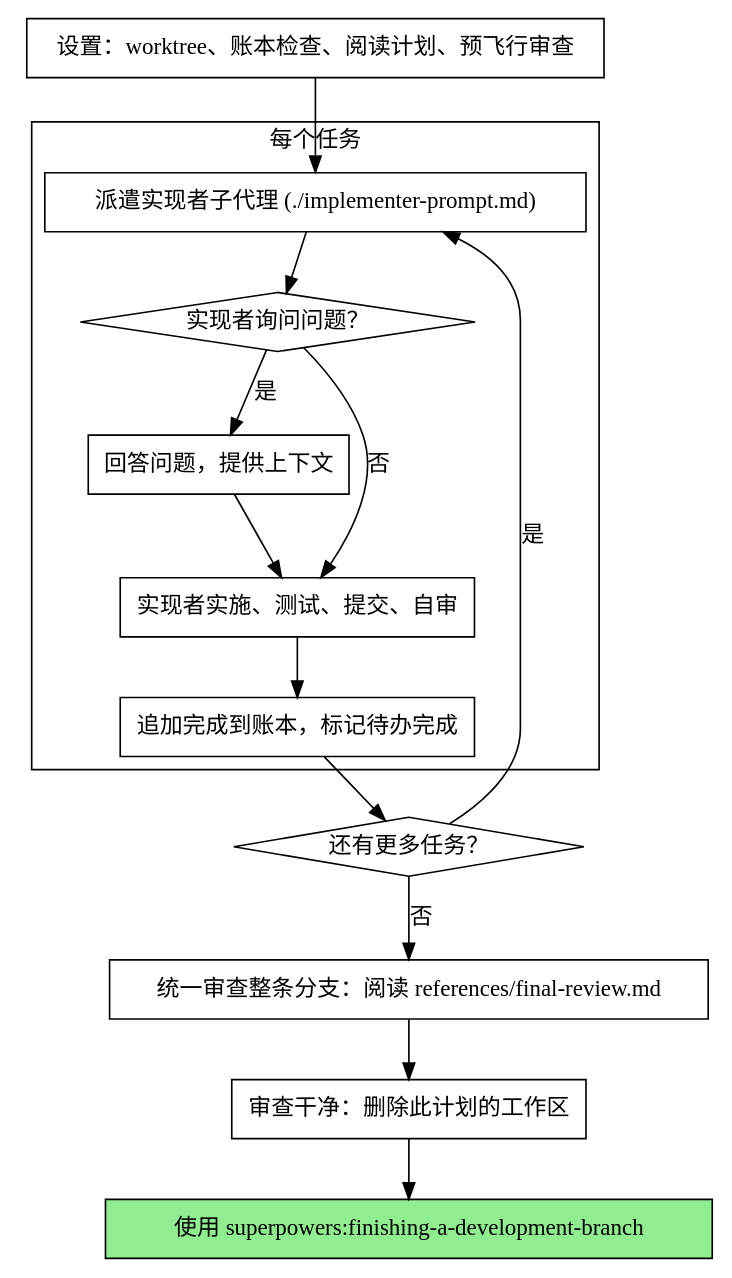
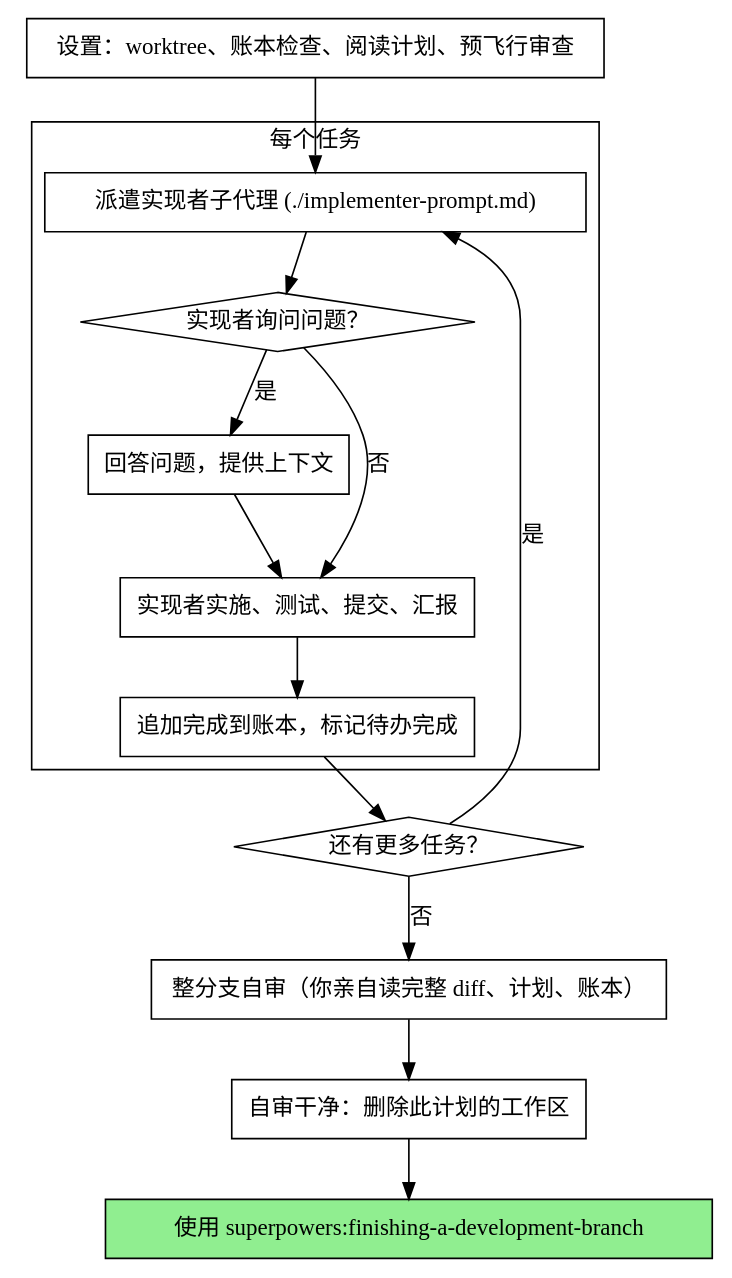
Before and after one commit to flyer21/superpowers: the second of 2 diagrams in skills/subagent-driven-development/SKILL.md, drawn with Graphviz. The commit also changed other lines of this file and 5 other files, not shown here.

````diff
--- a/skills/subagent-driven-development/SKILL.md
+++ b/skills/subagent-driven-development/SKILL.md
@@ -50,32 +50,32 @@
 ```dot
 digraph process {
     rankdir=TB;
 
     subgraph cluster_per_task {
         label="每个任务";
         "派遣实现者子代理 (./implementer-prompt.md)" [shape=box];
         "实现者询问问题？" [shape=diamond];
         "回答问题，提供上下文" [shape=box];
-        "实现者实施、测试、提交、自审" [shape=box];
+        "实现者实施、测试、提交、汇报" [shape=box];
         "追加完成到账本，标记待办完成" [shape=box];
     }
 
     "设置：worktree、账本检查、阅读计划、预飞行审查" [shape=box];
     "还有更多任务？" [shape=diamond];
-    "统一审查整条分支：阅读 references/final-review.md" [shape=box];
-    "审查干净：删除此计划的工作区" [shape=box];
+    "整分支自审（你亲自读完整 diff、计划、账本）" [shape=box];
+    "自审干净：删除此计划的工作区" [shape=box];
     "使用 superpowers:finishing-a-development-branch" [shape=box style=filled fillcolor=lightgreen];
 
     "设置：worktree、账本检查、阅读计划、预飞行审查" -> "派遣实现者子代理 (./implementer-prompt.md)";
     "派遣实现者子代理 (./implementer-prompt.md)" -> "实现者询问问题？";
     "实现者询问问题？" -> "回答问题，提供上下文" [label="是"];
-    "回答问题，提供上下文" -> "实现者实施、测试、提交、自审";
-    "实现者询问问题？" -> "实现者实施、测试、提交、自审" [label="否"];
-    "实现者实施、测试、提交、自审" -> "追加完成到账本，标记待办完成";
+    "回答问题，提供上下文" -> "实现者实施、测试、提交、汇报";
+    "实现者询问问题？" -> "实现者实施、测试、提交、汇报" [label="否"];
+    "实现者实施、测试、提交、汇报" -> "追加完成到账本，标记待办完成";
     "追加完成到账本，标记待办完成" -> "还有更多任务？";
     "还有更多任务？" -> "派遣实现者子代理 (./implementer-prompt.md)" [label="是"];
-    "还有更多任务？" -> "统一审查整条分支：阅读 references/final-review.md" [label="否"];
-    "统一审查整条分支：阅读 references/final-review.md" -> "审查干净：删除此计划的工作区";
-    "审查干净：删除此计划的工作区" -> "使用 superpowers:finishing-a-development-branch";
+    "还有更多任务？" -> "整分支自审（你亲自读完整 diff、计划、账本）" [label="否"];
+    "整分支自审（你亲自读完整 diff、计划、账本）" -> "自审干净：删除此计划的工作区";
+    "自审干净：删除此计划的工作区" -> "使用 superpowers:finishing-a-development-branch";
 }
 ```
````
